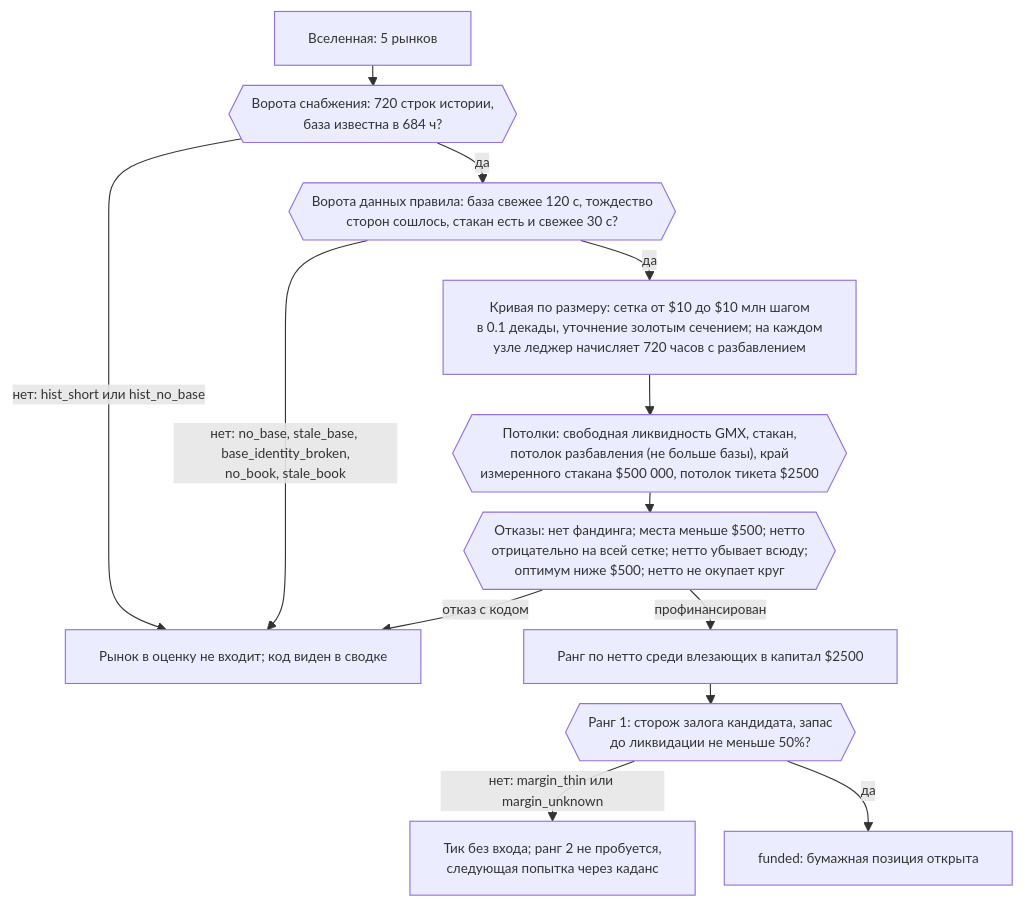
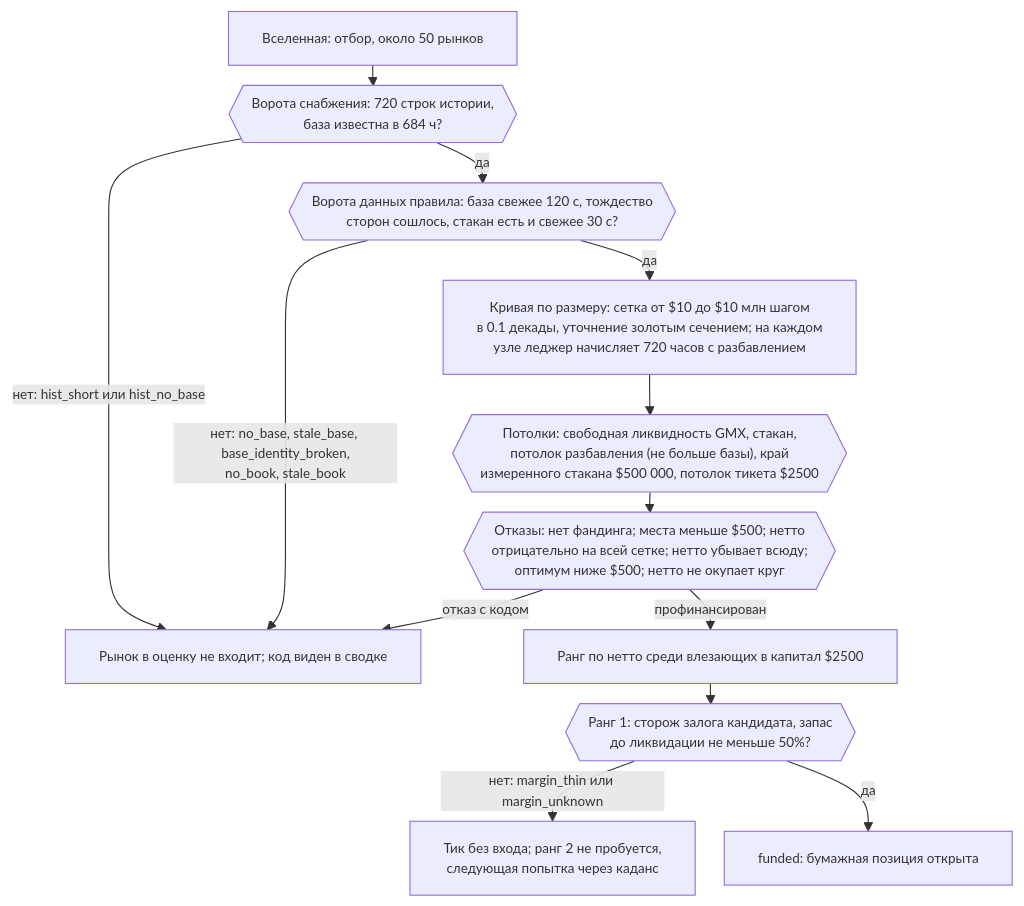
Before and after one commit to hamiltonalex/botLab: the third of 8 diagrams in botLab-desktop/docs/bot1-funding-arb-how-it-works.ru.md, drawn with Mermaid. The commit also changed other lines of this file and 5 other files, not shown here.

````diff
--- a/botLab-desktop/docs/bot1-funding-arb-how-it-works.ru.md
+++ b/botLab-desktop/docs/bot1-funding-arb-how-it-works.ru.md
@@ -286,16 +304,16 @@
 ```mermaid
 %%{init: {"themeVariables": {"fontSize": "12px"}, "flowchart": {"nodeSpacing": 26, "rankSpacing": 18, "diagramPadding": 4, "wrappingWidth": 380}}}%%
 flowchart TD
-    A["Вселенная: 5 рынков"] --> B{{"Ворота снабжения: 720 строк истории,<br/>база известна в 684 ч?"}}
+    A["Вселенная: отбор, около 50 рынков"] --> B{{"Ворота снабжения: 720 строк истории,<br/>база известна в 684 ч?"}}
     B -- "нет: hist_short или hist_no_base" --> X["Рынок в оценку не входит; код виден в сводке"]
     B -- "да" --> C{{"Ворота данных правила: база свежее 120 с, тождество<br/>сторон сошлось, стакан есть и свежее 30 с?"}}
     C -- "нет: no_base, stale_base, base_identity_broken,<br/>no_book, stale_book" --> X
     C -- "да" --> D["Кривая по размеру: сетка от $10 до $10 млн шагом<br/>в 0.1 декады, уточнение золотым сечением; на каждом<br/>узле леджер начисляет 720 часов с разбавлением"]
     D --> E{{"Потолки: свободная ликвидность GMX, стакан,<br/>потолок разбавления (не больше базы), край<br/>измеренного стакана $500 000, потолок тикета $2500"}}
     E --> F{{"Отказы: нет фандинга; места меньше $500; нетто<br/>отрицательно на всей сетке; нетто убывает всюду;<br/>оптимум ниже $500; нетто не окупает круг"}}
     F -- "отказ с кодом" --> X
     F -- "профинансирован" --> G["Ранг по нетто среди влезающих в капитал $2500"]
     G --> H{{"Ранг 1: сторож залога кандидата, запас<br/>до ликвидации не меньше 50%?"}}
     H -- "нет: margin_thin или margin_unknown" --> Y["Тик без входа; ранг 2 не пробуется,<br/>следующая попытка через каданс"]
     H -- "да" --> I["funded: бумажная позиция открыта"]
 ```
````
